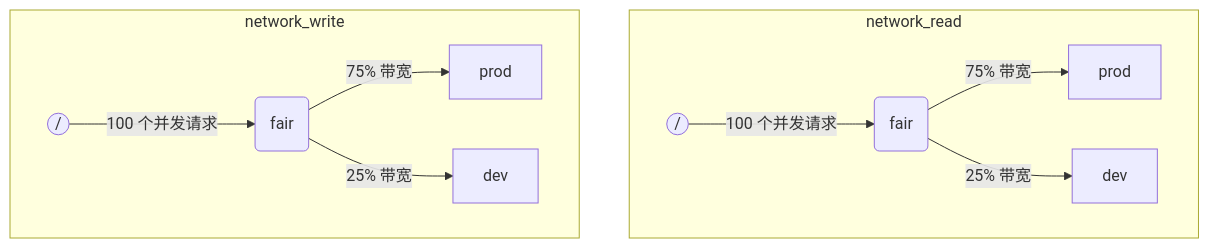
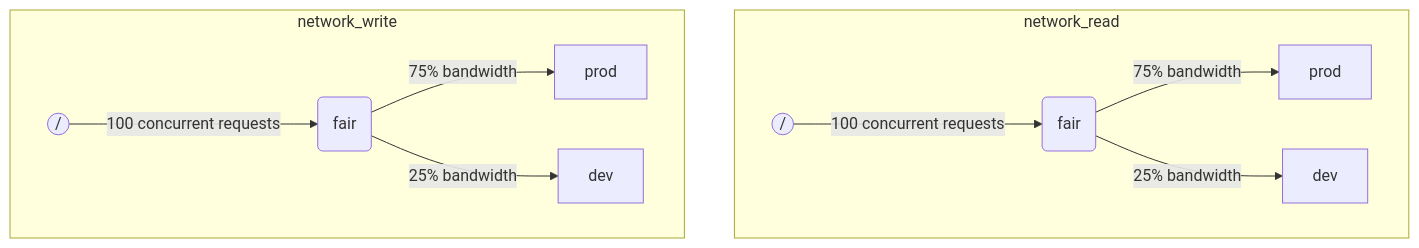
The diagram in i18n/zh/docusaurus-plugin-content-docs/current/operations/workload-scheduling.md (ClickHouse/clickhouse-docs), drawn with Mermaid before and after one commit. The commit also changed other lines of this file and 1785 other files, not shown here.

````diff
--- a/i18n/zh/docusaurus-plugin-content-docs/current/operations/workload-scheduling.md
+++ b/i18n/zh/docusaurus-plugin-content-docs/current/operations/workload-scheduling.md
@@ -89,18 +89,18 @@
 ```mermaid
 graph TD
     subgraph network_read
     nr_root(("/"))
-    -->|100 个并发请求| nr_fair("fair")
-    -->|75% 带宽| nr_prod["prod"]
+    -->|100 concurrent requests| nr_fair("fair")
+    -->|75% bandwidth| nr_prod["prod"]
     nr_fair
-    -->|25% 带宽| nr_dev["dev"]
+    -->|25% bandwidth| nr_dev["dev"]
     end
 
     subgraph network_write
     nw_root(("/"))
-    -->|100 个并发请求| nw_fair("fair")
-    -->|75% 带宽| nw_prod["prod"]
+    -->|100 concurrent requests| nw_fair("fair")
+    -->|75% bandwidth| nw_prod["prod"]
     nw_fair
-    -->|25% 带宽| nw_dev["dev"]
+    -->|25% bandwidth| nw_dev["dev"]
     end
 ```
````
